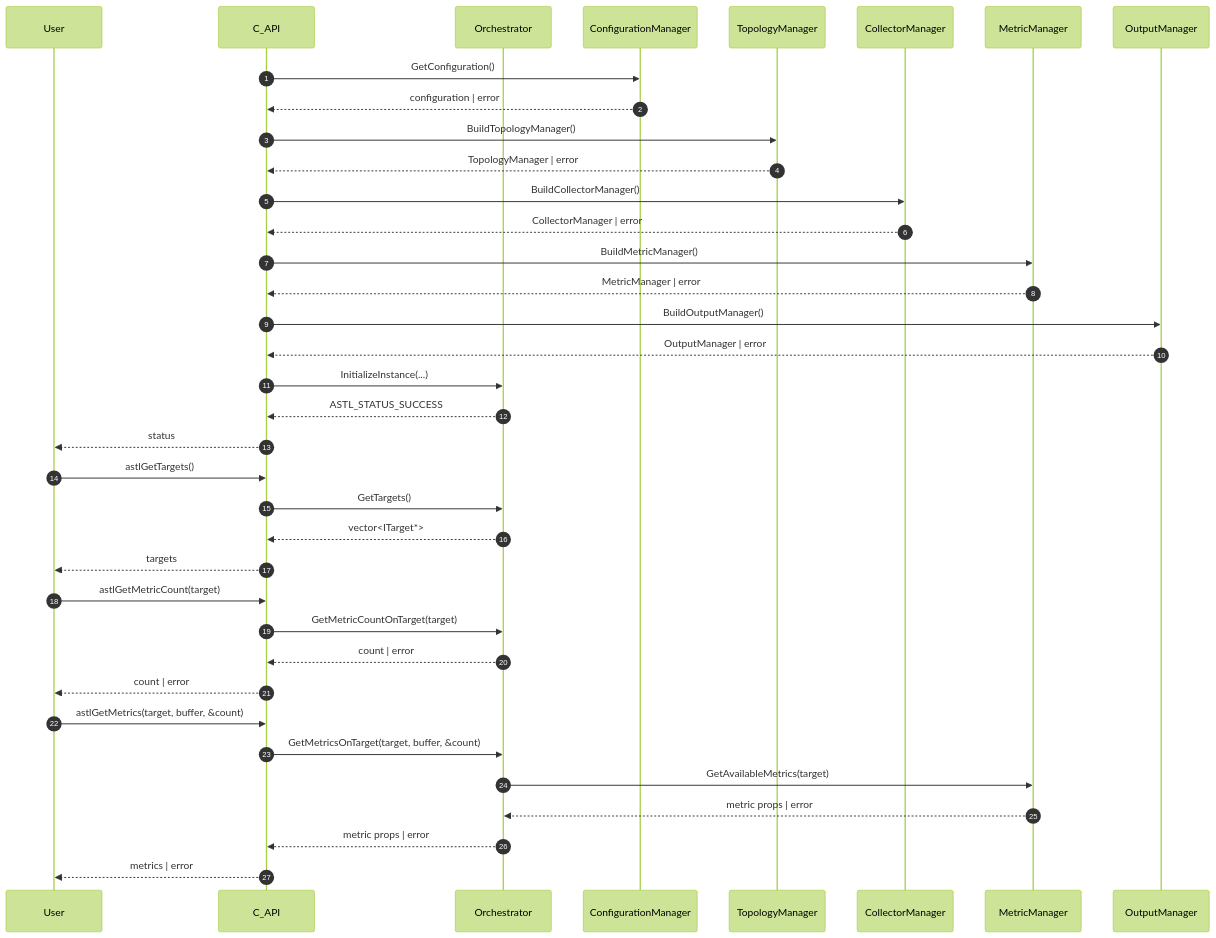
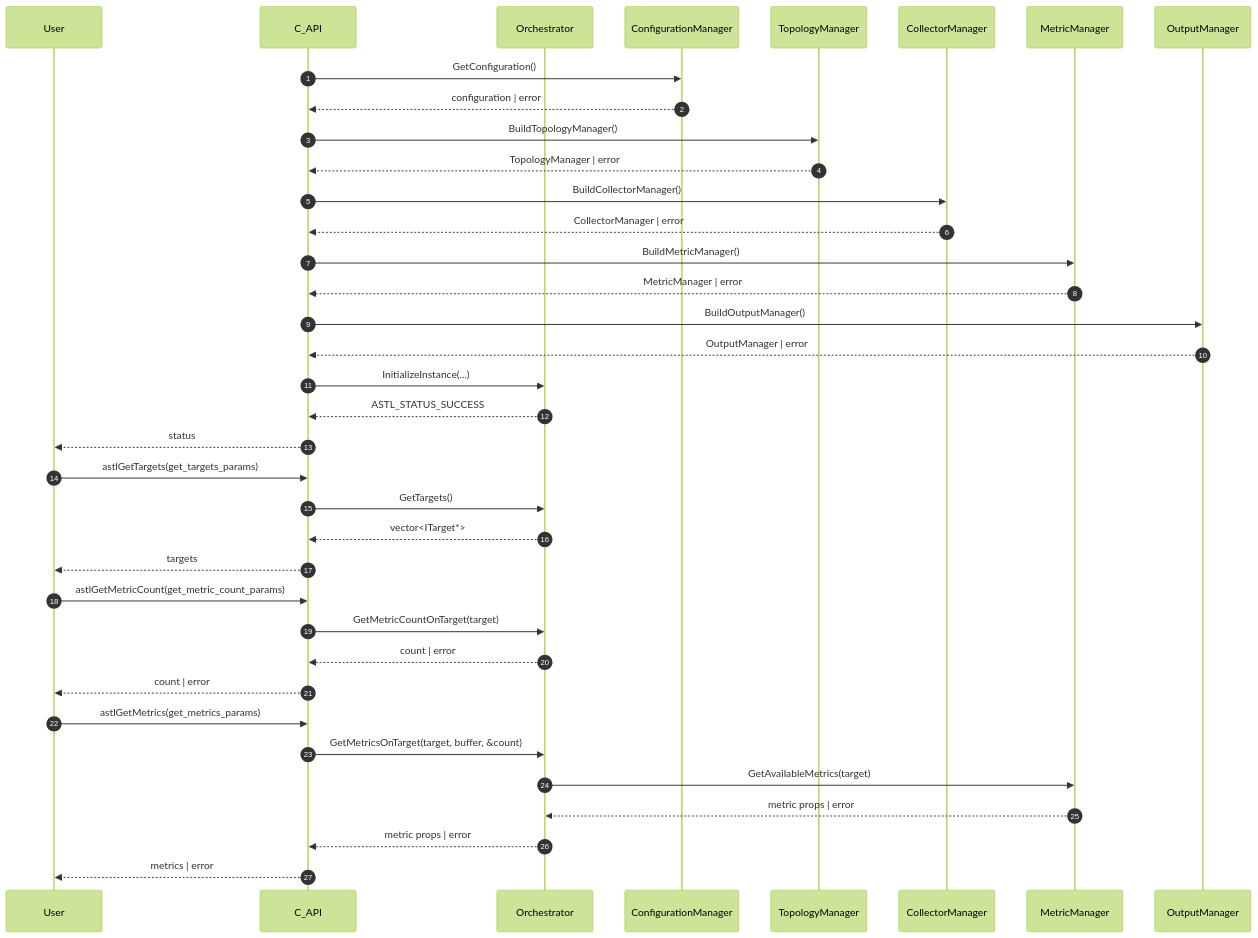
The diagram in doc/design/system_phase_init_discovery.mmd (arm/ASTL), drawn with Mermaid (forest theme) before and after one commit. The commit also changed 94 other files, not shown here.

First line of the commit message:
[ASTL-339] Use one parameter struct per function in astl_telemetry.h c-api interface (#381)

```diff
--- a/doc/design/system_phase_init_discovery.mmd
+++ b/doc/design/system_phase_init_discovery.mmd
@@ -1,49 +1,49 @@
 %% SPDX-FileCopyrightText: 2026 Arm Limited and/or its affiliates <open-source-office@arm.com>
 %%
 %% SPDX-License-Identifier: Apache-2.0
 
 %% System Phase: Initialization & Discovery
 %% Focus: initialization sequence + target & metric enumeration (condensed)
 sequenceDiagram
     autonumber
     participant User
     participant API as C_API
     participant Orchestrator
     participant ConfigurationManager as ConfigurationManager
     participant TopologyManager as TopologyManager
     participant CollectorManager as CollectorManager
     participant MetricManager as MetricManager
     participant OutputManager as OutputManager
 
     %% Init
     API->>ConfigurationManager: GetConfiguration()
     ConfigurationManager-->>API: configuration | error
     API->>TopologyManager: BuildTopologyManager()
     TopologyManager-->>API: TopologyManager | error
     API->>CollectorManager: BuildCollectorManager()
     CollectorManager-->>API: CollectorManager | error
     API->>MetricManager: BuildMetricManager()
     MetricManager-->>API: MetricManager | error
     API->>OutputManager: BuildOutputManager()
     OutputManager-->>API: OutputManager | error
     API->>Orchestrator: InitializeInstance(...)
     Orchestrator-->>API: ASTL_STATUS_SUCCESS
     API-->>User: status
 
     %% Discovery (condensed)
-    User->>API: astlGetTargets()
+    User->>API: astlGetTargets(get_targets_params)
     API->>Orchestrator: GetTargets()
     Orchestrator-->>API: vector<ITarget*>
     API-->>User: targets
 
     %% Metric enumeration (two-step using count + list)
-    User->>API: astlGetMetricCount(target)
+    User->>API: astlGetMetricCount(get_metric_count_params)
     API->>Orchestrator: GetMetricCountOnTarget(target)
     Orchestrator-->>API: count | error
     API-->>User: count | error
-    User->>API: astlGetMetrics(target, buffer, &count)
+    User->>API: astlGetMetrics(get_metrics_params)
     API->>Orchestrator: GetMetricsOnTarget(target, buffer, &count)
     Orchestrator->>MetricManager: GetAvailableMetrics(target)
     MetricManager-->>Orchestrator: metric props | error
     Orchestrator-->>API: metric props | error
     API-->>User: metrics | error
```
